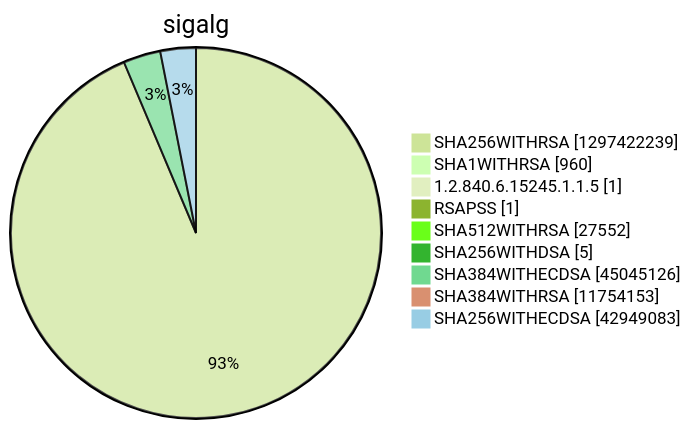
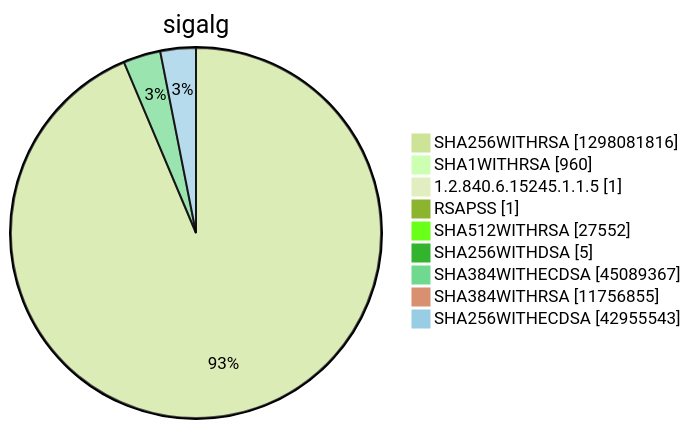
Before and after one commit to christiankrug/ctmonitor_visualization: diagram 15 of 15 in argon2022/README.md, drawn with Mermaid (forest theme). The commit also changed other lines of this file, not shown here.

````diff
--- a/argon2022/README.md
+++ b/argon2022/README.md
@@ -5523,13 +5523,13 @@
 ```mermaid
 pie showData
 title sigalg
-"SHA256WITHRSA" :1297422239
+"SHA256WITHRSA" :1298081816
 "SHA1WITHRSA" :960
 "1.2.840.6.15245.1.1.5" :1
 "RSAPSS" :1
 "SHA512WITHRSA" :27552
 "SHA256WITHDSA" :5
-"SHA384WITHECDSA" :45045126
-"SHA384WITHRSA" :11754153
-"SHA256WITHECDSA" :42949083
+"SHA384WITHECDSA" :45089367
+"SHA384WITHRSA" :11756855
+"SHA256WITHECDSA" :42955543
 ```
````
